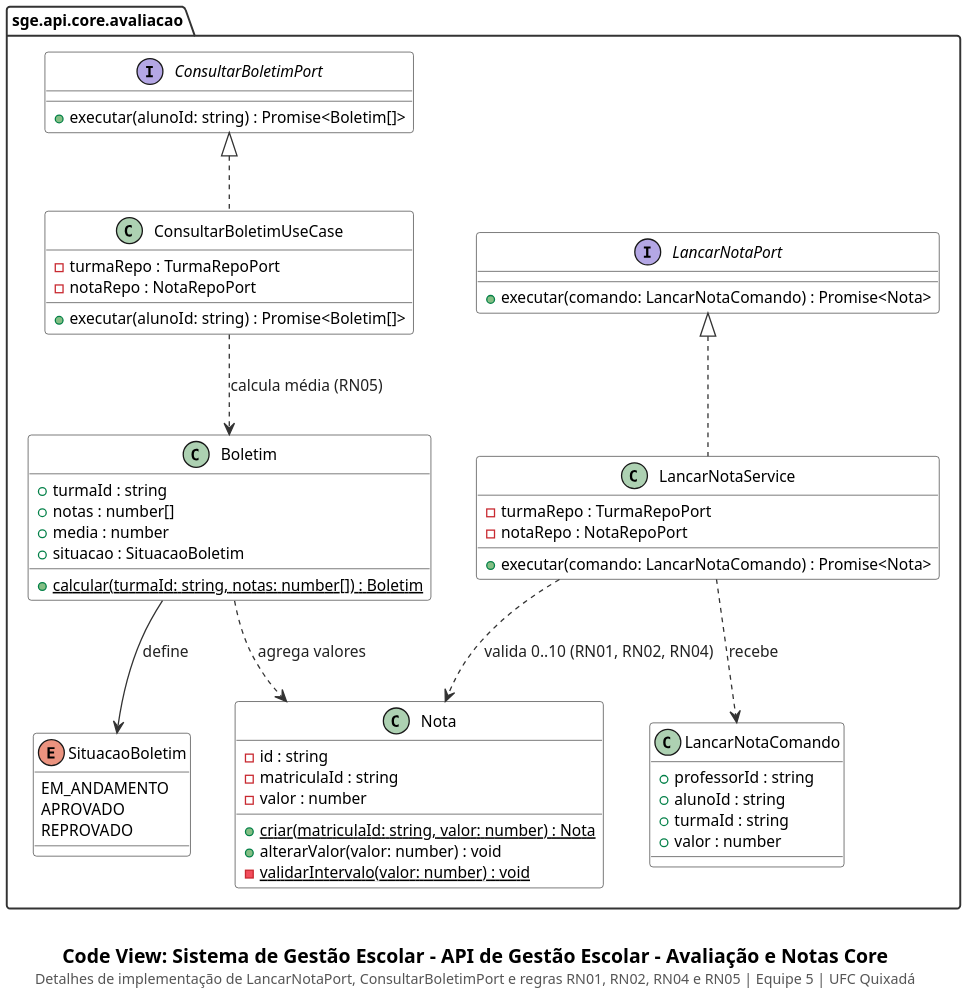
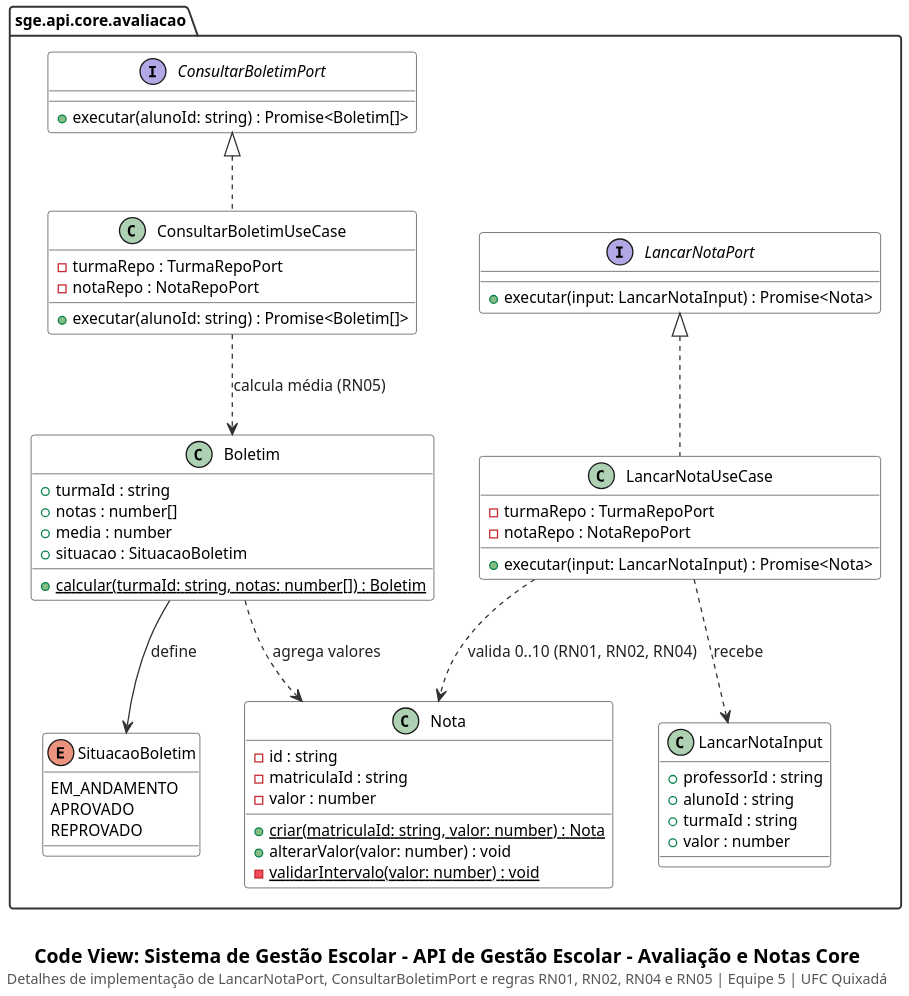
The diagram in docs/code/avaliacao-notas-core.puml (cicerocarnauba/sistema-gestao-escolar), drawn with PlantUML before and after one commit. The commit also changed 8 other files, not shown here.

Commit message:
docs: alinha nomenclatura entre diagramas C3 (componentes) e C4 (código)

```diff
--- a/docs/code/avaliacao-notas-core.puml
+++ b/docs/code/avaliacao-notas-core.puml
@@ -1,80 +1,80 @@
 @startuml
 set separator none
 top to bottom direction
 skinparam backgroundColor #FFFFFF
 skinparam shadowing false
 skinparam dpi 180
 skinparam defaultFontName "SansSerif"
 skinparam defaultFontSize 12
 skinparam packageStyle folder
 skinparam packageBackgroundColor #FFFFFF
 skinparam packageBorderColor #333333
 skinparam packageFontStyle bold
 skinparam classBackgroundColor #FFFFFF
 skinparam classHeaderBackgroundColor #FFFFFF
 skinparam classBorderColor #333333
 skinparam arrowColor #333333
 skinparam arrowFontColor #222222
 skinparam noteBackgroundColor #FAFAFA
 skinparam noteBorderColor #666666
 
 package "sge.api.core.avaliacao" {
     interface LancarNotaPort {
-        + executar(comando: LancarNotaComando) : Promise<Nota>
+        + executar(input: LancarNotaInput) : Promise<Nota>
     }
 
     interface ConsultarBoletimPort {
         + executar(alunoId: string) : Promise<Boletim[]>
     }
 
-    class LancarNotaService implements LancarNotaPort {
+    class LancarNotaUseCase implements LancarNotaPort {
         - turmaRepo : TurmaRepoPort
         - notaRepo : NotaRepoPort
-        + executar(comando: LancarNotaComando) : Promise<Nota>
+        + executar(input: LancarNotaInput) : Promise<Nota>
     }
 
     class ConsultarBoletimUseCase implements ConsultarBoletimPort {
         - turmaRepo : TurmaRepoPort
         - notaRepo : NotaRepoPort
         + executar(alunoId: string) : Promise<Boletim[]>
     }
 
-    class LancarNotaComando {
+    class LancarNotaInput {
         + professorId : string
         + alunoId : string
         + turmaId : string
         + valor : number
     }
 
     class Nota {
         - id : string
         - matriculaId : string
         - valor : number
         + {static} criar(matriculaId: string, valor: number) : Nota
         + alterarValor(valor: number) : void
         - {static} validarIntervalo(valor: number) : void
     }
 
     class Boletim {
         + turmaId : string
         + notas : number[]
         + media : number
         + situacao : SituacaoBoletim
         + {static} calcular(turmaId: string, notas: number[]) : Boletim
     }
 
     enum SituacaoBoletim {
         EM_ANDAMENTO
         APROVADO
         REPROVADO
     }
 
-    LancarNotaService ..> LancarNotaComando : recebe
-    LancarNotaService ..> Nota : valida 0..10 (RN01, RN02, RN04)
+    LancarNotaUseCase ..> LancarNotaInput : recebe
+    LancarNotaUseCase ..> Nota : valida 0..10 (RN01, RN02, RN04)
     ConsultarBoletimUseCase ..> Boletim : calcula média (RN05)
     Boletim ..> Nota : agrega valores
     Boletim --> SituacaoBoletim : define
 }
 
 caption \n<size:15><b>Code View: Sistema de Gestão Escolar - API de Gestão Escolar - Avaliação e Notas Core</b></size>\n<size:11><color:#555555>Detalhes de implementação de LancarNotaPort, ConsultarBoletimPort e regras RN01, RN02, RN04 e RN05 | Equipe 5 | UFC Quixadá</color></size>
 @enduml
```
